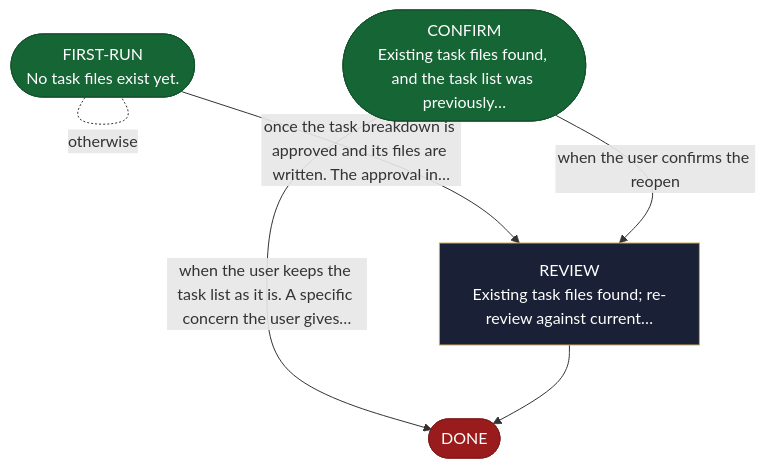
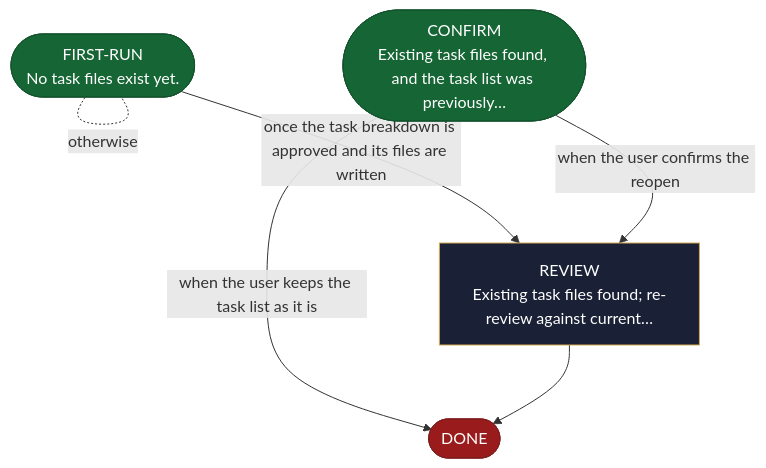
Before and after one commit to AndreVianna/aid-methodology: the diagram in site/src/content/docs/skills/aid-detail.md, drawn with Mermaid. The commit also changed other lines of this file and 253 other files, not shown here.

````diff
--- a/site/src/content/docs/skills/aid-detail.md
+++ b/site/src/content/docs/skills/aid-detail.md
@@ -20,26 +20,26 @@
 ```mermaid
 flowchart TB
   classDef aidNode color:#fff
   classDef aidEntry fill:#166534,stroke:#14532d,color:#fff
   classDef aidExit fill:#991b1b,stroke:#7f1d1d,color:#fff
   classDef aidDecision fill:#92400e,stroke:#78350f,color:#fff
   classDef aidLoopBack fill:#1e3a8a,stroke:#1e3a8a,color:#fff
   classDef aidStep fill:#1a2035,stroke:#d4a853,color:#f1f5f9
   n1(["FIRST-RUN<br/>No task files exist yet."])
   n2(["CONFIRM<br/>Existing task files found, and the task list was previously…"])
   n3["REVIEW<br/>Existing task files found; re-review against current…"]
   n4(["DONE"])
   n1 -. "otherwise" .- n1
-  n1 -->|"once the task breakdown is approved and its files are written. The approval in…"| n3
+  n1 -->|"once the task breakdown is approved and its files are written"| n3
   n2 -->|"when the user confirms the reopen"| n3
-  n2 -->|"when the user keeps the task list as it is. A specific concern the user gives…"| n4
+  n2 -->|"when the user keeps the task list as it is"| n4
   n3 --> n4
   class n1 aidEntry
   class n2 aidEntry
   class n3 aidStep
   class n4 aidExit
   class n1 aidNode
   class n2 aidNode
   class n3 aidNode
   class n4 aidNode
 ```
````
